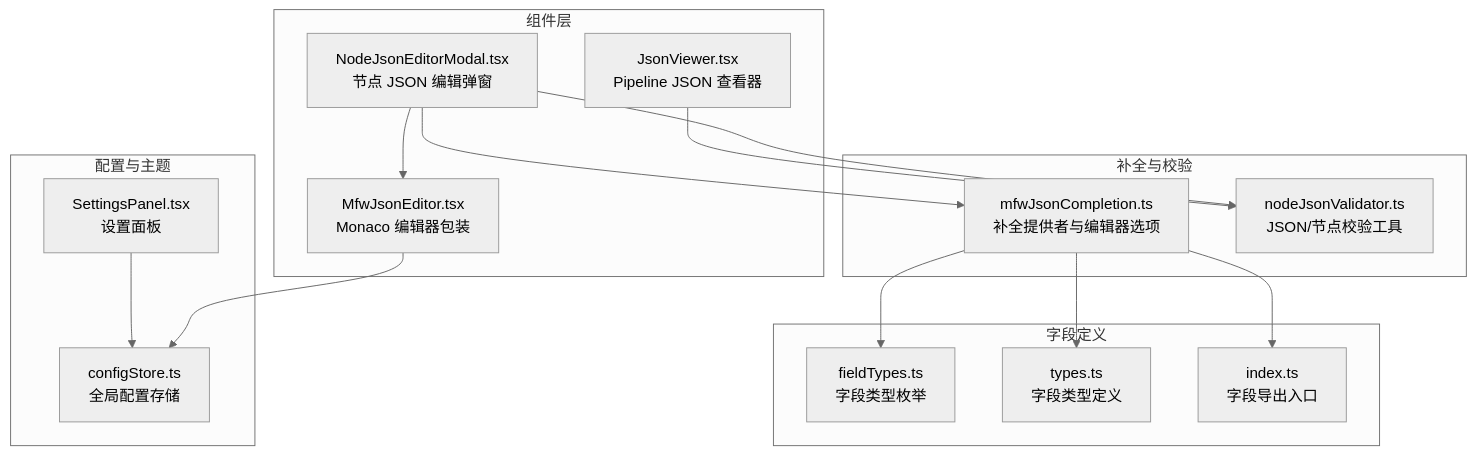
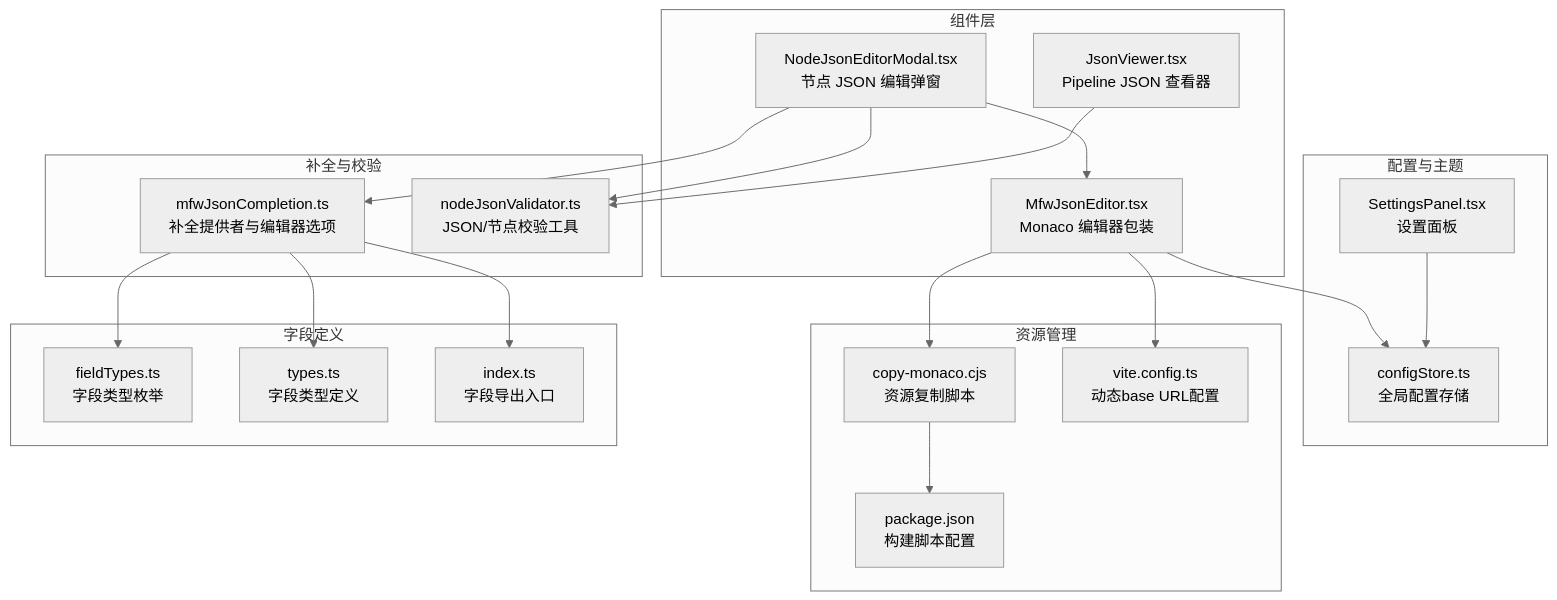
Before and after one commit to kqcoxn/MaaPipelineEditor: the first of 10 diagrams in .qoder/repowiki/zh/content/前端架构/组件系统架构/UI基础组件/JSON编辑器.md, drawn with Mermaid (neutral theme). The commit also changed other lines of this file and 25 other files, not shown here.

````diff
--- a/.qoder/repowiki/zh/content/前端架构/组件系统架构/UI基础组件/JSON编辑器.md
+++ b/.qoder/repowiki/zh/content/前端架构/组件系统架构/UI基础组件/JSON编辑器.md
@@ -53,30 +68,38 @@
 ```mermaid
 graph TB
 subgraph "组件层"
 A["MfwJsonEditor.tsx<br/>Monaco 编辑器包装"]
 B["NodeJsonEditorModal.tsx<br/>节点 JSON 编辑弹窗"]
 C["JsonViewer.tsx<br/>Pipeline JSON 查看器"]
 end
 subgraph "补全与校验"
 D["mfwJsonCompletion.ts<br/>补全提供者与编辑器选项"]
 E["nodeJsonValidator.ts<br/>JSON/节点校验工具"]
 end
 subgraph "配置与主题"
 F["configStore.ts<br/>全局配置存储"]
 G["SettingsPanel.tsx<br/>设置面板"]
 end
+subgraph "资源管理"
+H["copy-monaco.cjs<br/>资源复制脚本"]
+I["vite.config.ts<br/>动态base URL配置"]
+J["package.json<br/>构建脚本配置"]
+end
 subgraph "字段定义"
-H["fieldTypes.ts<br/>字段类型枚举"]
-I["types.ts<br/>字段类型定义"]
-J["index.ts<br/>字段导出入口"]
+K["fieldTypes.ts<br/>字段类型枚举"]
+L["types.ts<br/>字段类型定义"]
+M["index.ts<br/>字段导出入口"]
 end
 B --> A
 B --> D
 B --> E
 C --> E
-D --> H
-D --> I
-D --> J
+D --> K
+D --> L
+D --> M
 A --> F
+A --> H
+A --> I
 G --> F
+H --> J
 ```
````
